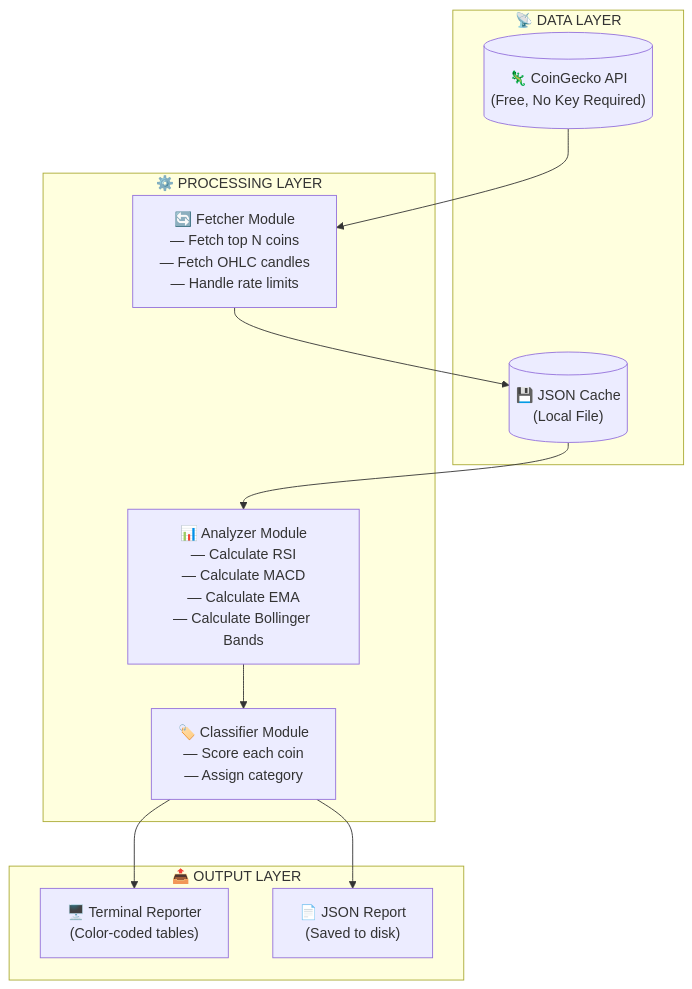
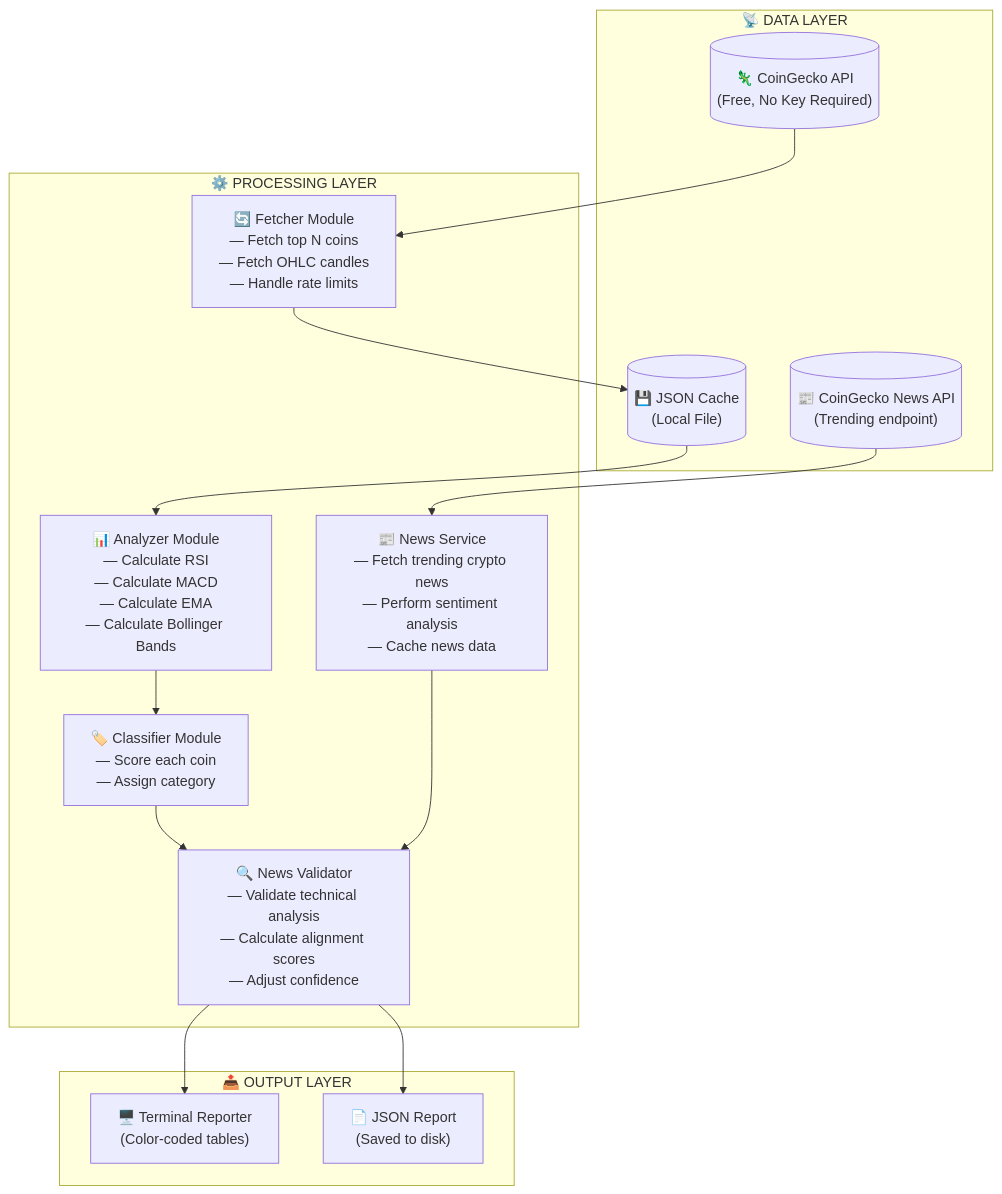
One commit to sreekanthvaripalli/crypto-agent changed the first of 22 diagrams in Functional_Specification.md. Above: the diagram before and after it, drawn with Mermaid. The commit also changed other lines of this file and 5 other files, not shown here.

First line of the commit message:
Added crypto news validation for sentiment analysis of each coin that are considered from last 7 days performance

````diff
--- a/Functional_Specification.md
+++ b/Functional_Specification.md
@@ -30,25 +30,32 @@
 ```mermaid
 flowchart TB
     subgraph DATA_LAYER["📡 DATA LAYER"]
         CG[("🦎 CoinGecko API<br/>(Free, No Key Required)")]
+        NEWS_API[("📰 CoinGecko News API<br/>(Trending endpoint)")]
         CACHE[("💾 JSON Cache<br/>(Local File)")]
     end
     
     subgraph PROCESSING["⚙️ PROCESSING LAYER"]
         FETCHER["🔄 Fetcher Module<br/>— Fetch top N coins<br/>— Fetch OHLC candles<br/>— Handle rate limits"]
+        NEWS_SERVICE["📰 News Service<br/>— Fetch trending crypto news<br/>— Perform sentiment analysis<br/>— Cache news data"]
         ANALYZER["📊 Analyzer Module<br/>— Calculate RSI<br/>— Calculate MACD<br/>— Calculate EMA<br/>— Calculate Bollinger Bands"]
+        NEWS_VALIDATOR["🔍 News Validator<br/>— Validate technical analysis<br/>— Calculate alignment scores<br/>— Adjust confidence"]
         CLASSIFIER["🏷️ Classifier Module<br/>— Score each coin<br/>— Assign category"]
     end
     
     subgraph OUTPUT["📤 OUTPUT LAYER"]
         TERMINAL["🖥️ Terminal Reporter<br/>(Color-coded tables)"]
         JSON["📄 JSON Report<br/>(Saved to disk)"]
     end
     
     CG --> FETCHER
     FETCHER --> CACHE
     CACHE --> ANALYZER
     ANALYZER --> CLASSIFIER
-    CLASSIFIER --> TERMINAL
-    CLASSIFIER --> JSON
+    CLASSIFIER --> NEWS_VALIDATOR
+    NEWS_VALIDATOR --> TERMINAL
+    NEWS_VALIDATOR --> JSON
+    
+    NEWS_API --> NEWS_SERVICE
+    NEWS_SERVICE --> NEWS_VALIDATOR
 ```
````
